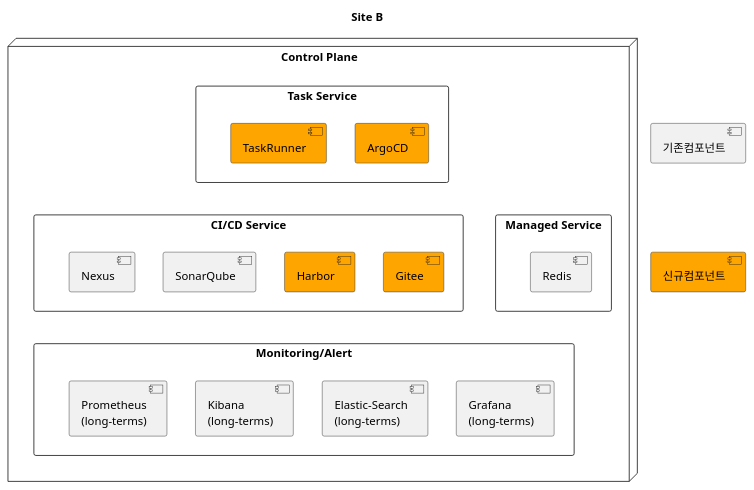
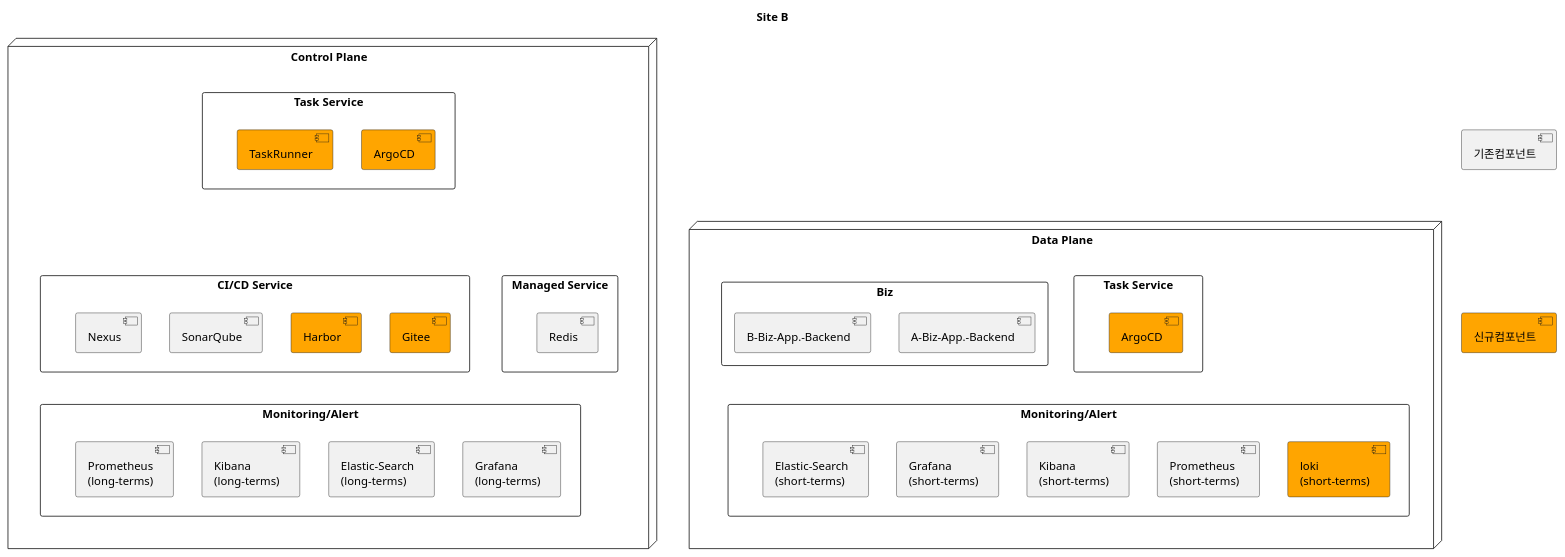
One commit to kloudbank/htdp1.github.io changed the second of 10 diagrams in docs/src/multi-cloud/diagram.md. Above: the diagram before and after it, drawn with PlantUML. The commit also changed other lines of this file, not shown here.

Commit message:
modify diagram

```diff
--- a/docs/src/multi-cloud/diagram.md
+++ b/docs/src/multi-cloud/diagram.md
@@ -70,39 +70,61 @@
 @startuml
 
 title "Site B"
 
 [기존컴포넌트] as old
 [신규컴포넌트] as new #orange
 old -[hidden]d-> new
 
 node "Control Plane" as bcp {
     rectangle "Task Service" as bcp_cicd {
         [TaskRunner] as bcp_taskruuner #orange
         [ArgoCD] as bcp_argocd #orange
         bcp_taskruuner -[hidden]r- bcp_argocd
     }
     rectangle "CI/CD Service" as bcp_common {
         [Gitee] as gitee #orange
         [Nexus] as nexus
         [SonarQube] as sonarqube
         [Harbor] as harbor #orange
         nexus -[hidden]r- sonarqube
         sonarqube -[hidden]r- harbor
         harbor -[hidden]r- gitee
     }
     rectangle "Monitoring/Alert" as bcp_mon {
         [Elastic-Search\n(long-terms)] as bcp_mon_elk
         [Grafana\n(long-terms)] as bcp_mon_grafana
         [Kibana\n(long-terms)] as bcp_mon_kibana
         [Prometheus\n(long-terms)] as bcp_mon_prometheus
         bcp_mon_elk -[hidden]r- bcp_mon_grafana
     }
     rectangle "Managed Service" as bcp_managed {
         [Redis] as bcp_mananged_redis
     }
     bcp_cicd -[hidden]d- bcp_common
     bcp_cicd -[hidden]d- bcp_managed
     bcp_common -[hidden]d- bcp_mon
 }
+node "Data Plane" as bdp {
+    rectangle "Task Service" as bdp_task {
+        [ArgoCD] as bdp_argocd #orange
+    }
+    rectangle "Biz" as bdp_biz {
+        [A-Biz-App.-Backend] as bdp_biza
+        [B-Biz-App.-Backend] as bdp_bizb
+    }
+    rectangle "Monitoring/Alert" as bdp_mon {
+        [Elastic-Search\n(short-terms)] as bdp_mon_elk
+        [Grafana\n(short-terms)] as bdp_mon_grafana
+        [Kibana\n(short-terms)] as bdp_mon_kibana
+        [Prometheus\n(short-terms)] as bdp_mon_prometheus
+        [loki\n(short-terms)] as dbp_mon_loki #orange
+        bdp_mon_elk -[hidden]r- bdp_mon_grafana
+        bdp_mon_grafana -[hidden]r- bdp_mon_kibana
+        bdp_mon_kibana -[hidden]r- bdp_mon_prometheus
+        bdp_mon_prometheus -[hidden]r- dbp_mon_loki
+    }
+    bdp_task -[hidden]d- bdp_mon
+}
+bcp -[hidden]d- bdp
 
 @enduml
```
